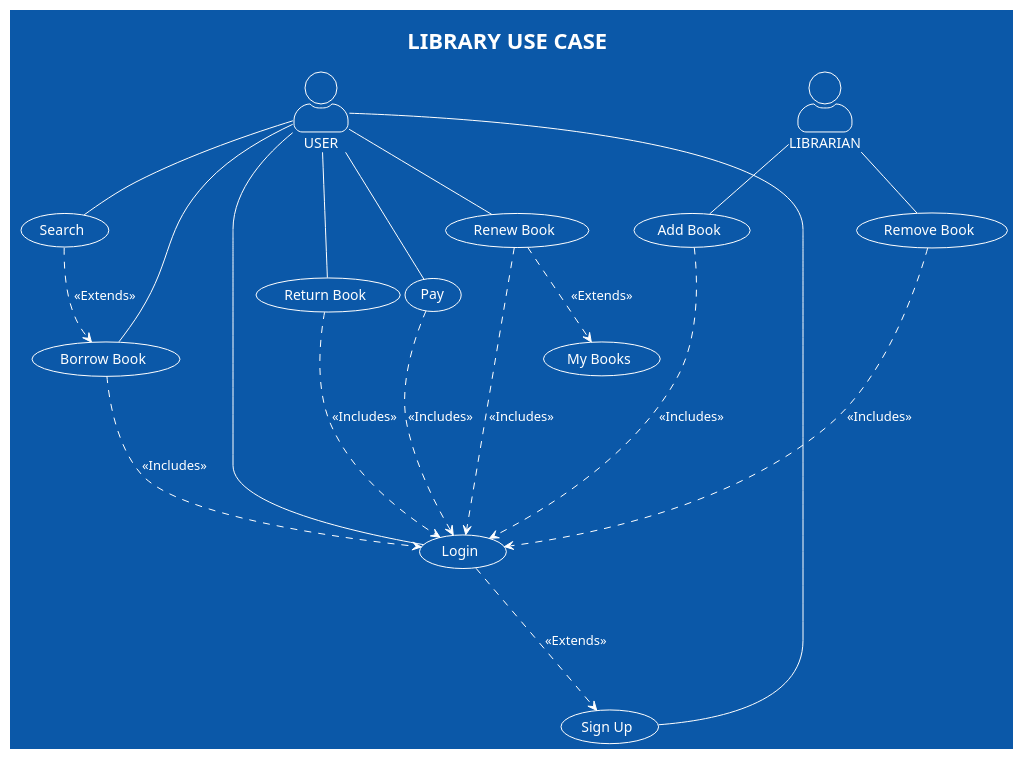
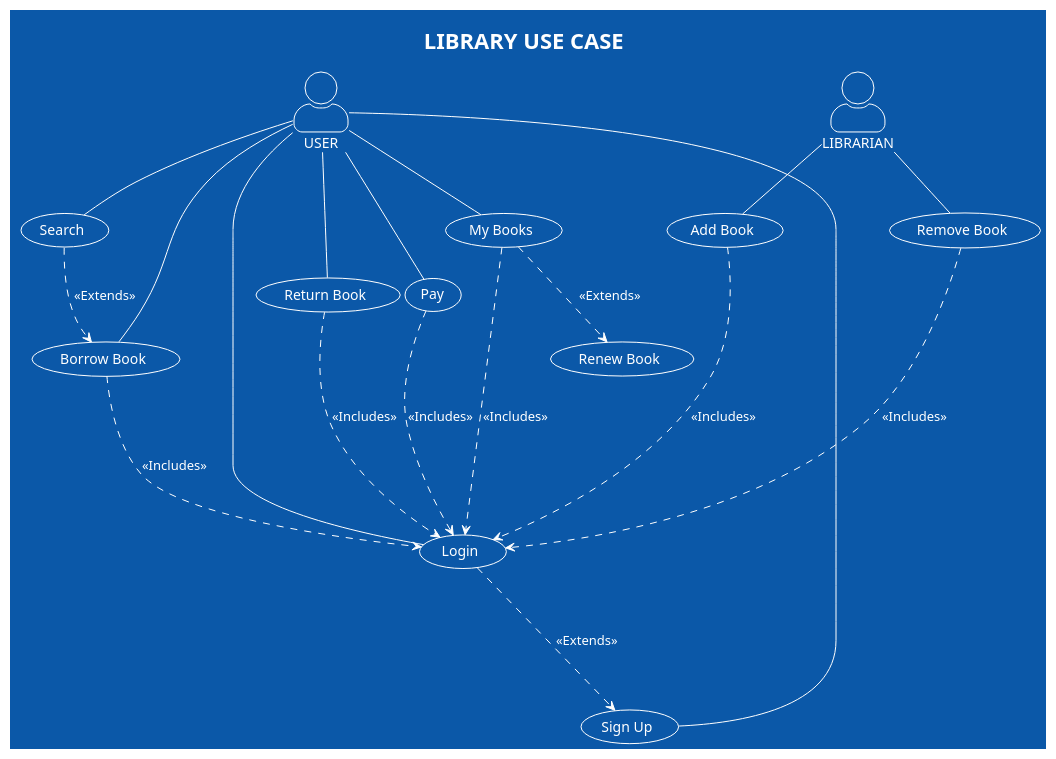
The diagram in use-case/use-case-diagram.md (Gabe-Alvess/LibraryAppDiagrams), drawn with PlantUML before and after one commit. The commit also changed 3 other files, not shown here.

````diff
--- a/use-case/use-case-diagram.md
+++ b/use-case/use-case-diagram.md
@@ -1,48 +1,48 @@
 ```plantuml
 
 @startuml
 
 !theme amiga
 skinparam actorStyle awesome
 title LIBRARY USE CASE
 
 :USER: as user
 ( Login ) as login
 (Sign Up) as signUp
 (Search) as search
 (Borrow Book) as borrowBook
 (Renew Book) as renewBook
 (My Books) as myBooks
 (Return Book) as returnBook
 (Pay) as pay
 
 :LIBRARIAN: as librarian
 (Add Book) as addBook
 (Remove Book) as removeBook
 
 user -- signUp
 user -- login
 user -- search
 user -- borrowBook
-user -- renewBook
+user -- myBooks
 user -- returnBook
 user -- pay
 
 search ..> borrowBook : <<Extends>>
-renewBook ..> myBooks : <<Extends>>
+myBooks ..> renewBook : <<Extends>>
 login ...> signUp : <<Extends>>
 
 borrowBook ...> login : <<Includes>>
-renewBook ...> login : <<Includes>>
+myBooks ...> login : <<Includes>>
 returnBook ...> login : <<Includes>>
 pay ...> login : <<Includes>>
 
 librarian -- addBook
 librarian -- removeBook
 
 addBook ....> login : <<Includes>>
 removeBook ....> login : <<Includes>>
 
 @enduml
 
 ```
````
